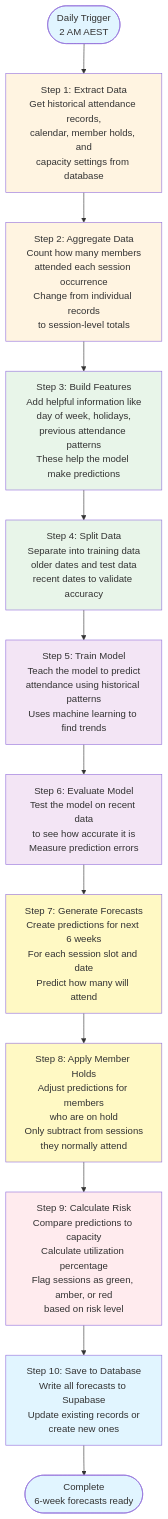
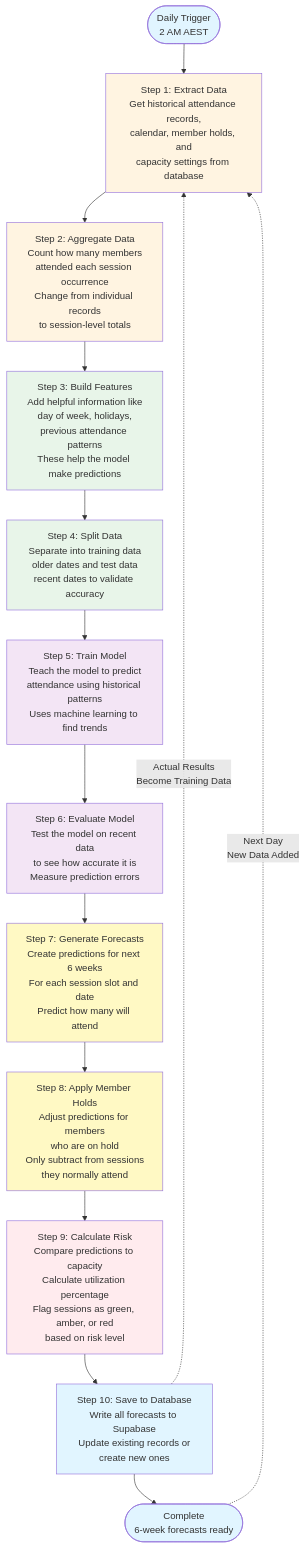
Before and after one commit to towshau/schedule_prediction_demand: the diagram in PIPELINE_FLOW.md, drawn with Mermaid. The commit also changed other lines of this file, not shown here.

First line of the commit message:
Add comprehensive explanation of how the model learns over time

````diff
--- a/PIPELINE_FLOW.md
+++ b/PIPELINE_FLOW.md
@@ -5,37 +5,41 @@
 ```mermaid
 flowchart TD
     Start([Daily Trigger<br/>2 AM AEST]) --> Extract[Step 1: Extract Data<br/>Get historical attendance records,<br/>calendar, member holds, and<br/>capacity settings from database]
     
     Extract --> Aggregate[Step 2: Aggregate Data<br/>Count how many members<br/>attended each session occurrence<br/>Change from individual records<br/>to session-level totals]
     
     Aggregate --> Features[Step 3: Build Features<br/>Add helpful information like<br/>day of week, holidays,<br/>previous attendance patterns<br/>These help the model make predictions]
     
     Features --> Split[Step 4: Split Data<br/>Separate into training data<br/>older dates and test data<br/>recent dates to validate accuracy]
     
     Split --> Train[Step 5: Train Model<br/>Teach the model to predict<br/>attendance using historical patterns<br/>Uses machine learning to find trends]
     
     Train --> Evaluate[Step 6: Evaluate Model<br/>Test the model on recent data<br/>to see how accurate it is<br/>Measure prediction errors]
     
     Evaluate --> Forecast[Step 7: Generate Forecasts<br/>Create predictions for next 6 weeks<br/>For each session slot and date<br/>Predict how many will attend]
     
     Forecast --> Adjust[Step 8: Apply Member Holds<br/>Adjust predictions for members<br/>who are on hold<br/>Only subtract from sessions<br/>they normally attend]
     
     Adjust --> Calculate[Step 9: Calculate Risk<br/>Compare predictions to capacity<br/>Calculate utilization percentage<br/>Flag sessions as green, amber, or red<br/>based on risk level]
     
     Calculate --> Save[Step 10: Save to Database<br/>Write all forecasts to Supabase<br/>Update existing records or<br/>create new ones]
     
     Save --> End([Complete<br/>6-week forecasts ready])
     
+    %% Learning Loop - Model improves over time
+    End -.->|Next Day<br/>New Data Added| Extract
+    Save -.->|Actual Results<br/>Become Training Data| Extract
+    
     style Start fill:#e1f5ff
     style Extract fill:#fff4e1
     style Aggregate fill:#fff4e1
     style Features fill:#e8f5e9
     style Split fill:#e8f5e9
     style Train fill:#f3e5f5
     style Evaluate fill:#f3e5f5
     style Forecast fill:#fff9c4
     style Adjust fill:#fff9c4
     style Calculate fill:#ffebee
     style Save fill:#e1f5ff
     style End fill:#e1f5ff
 ```
````
